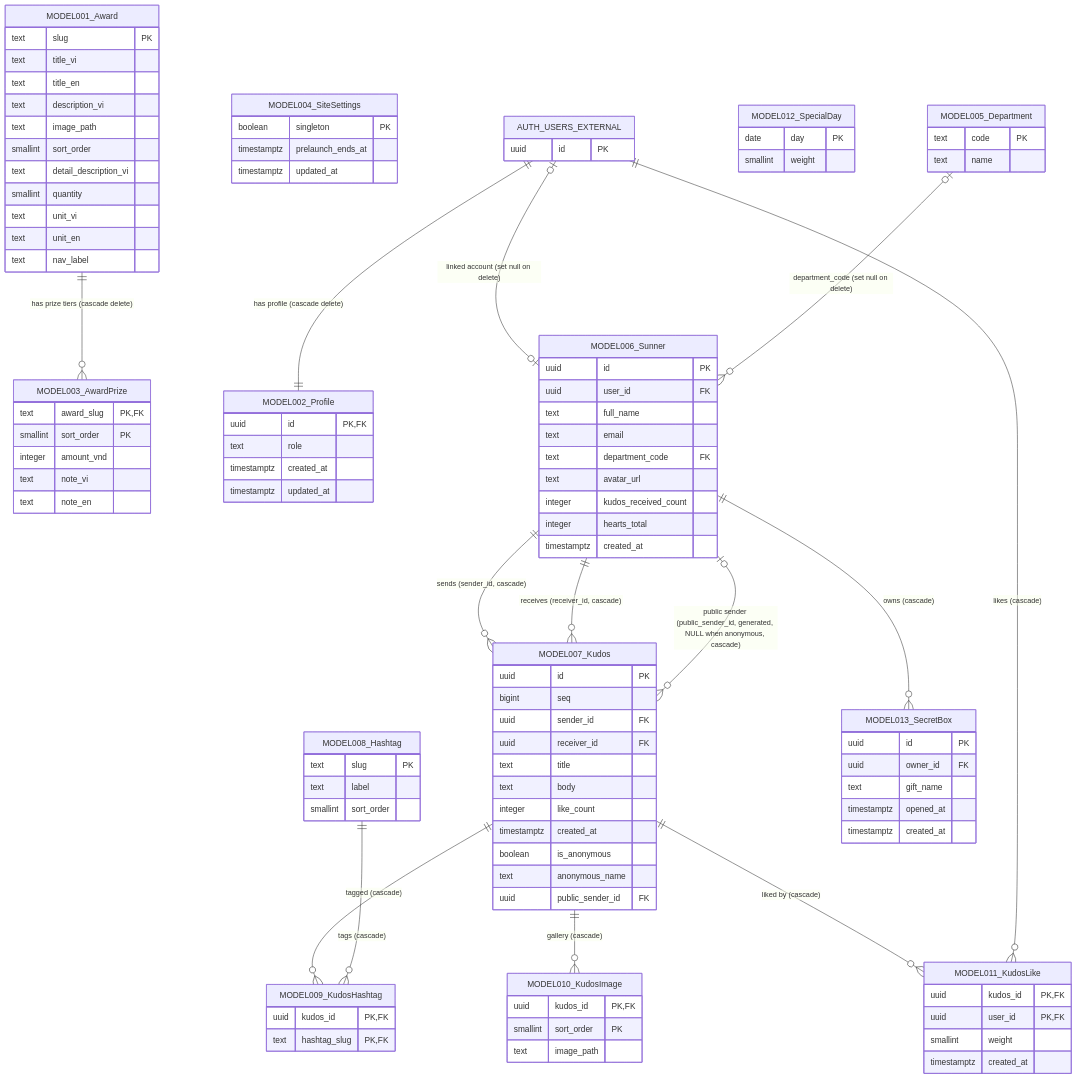
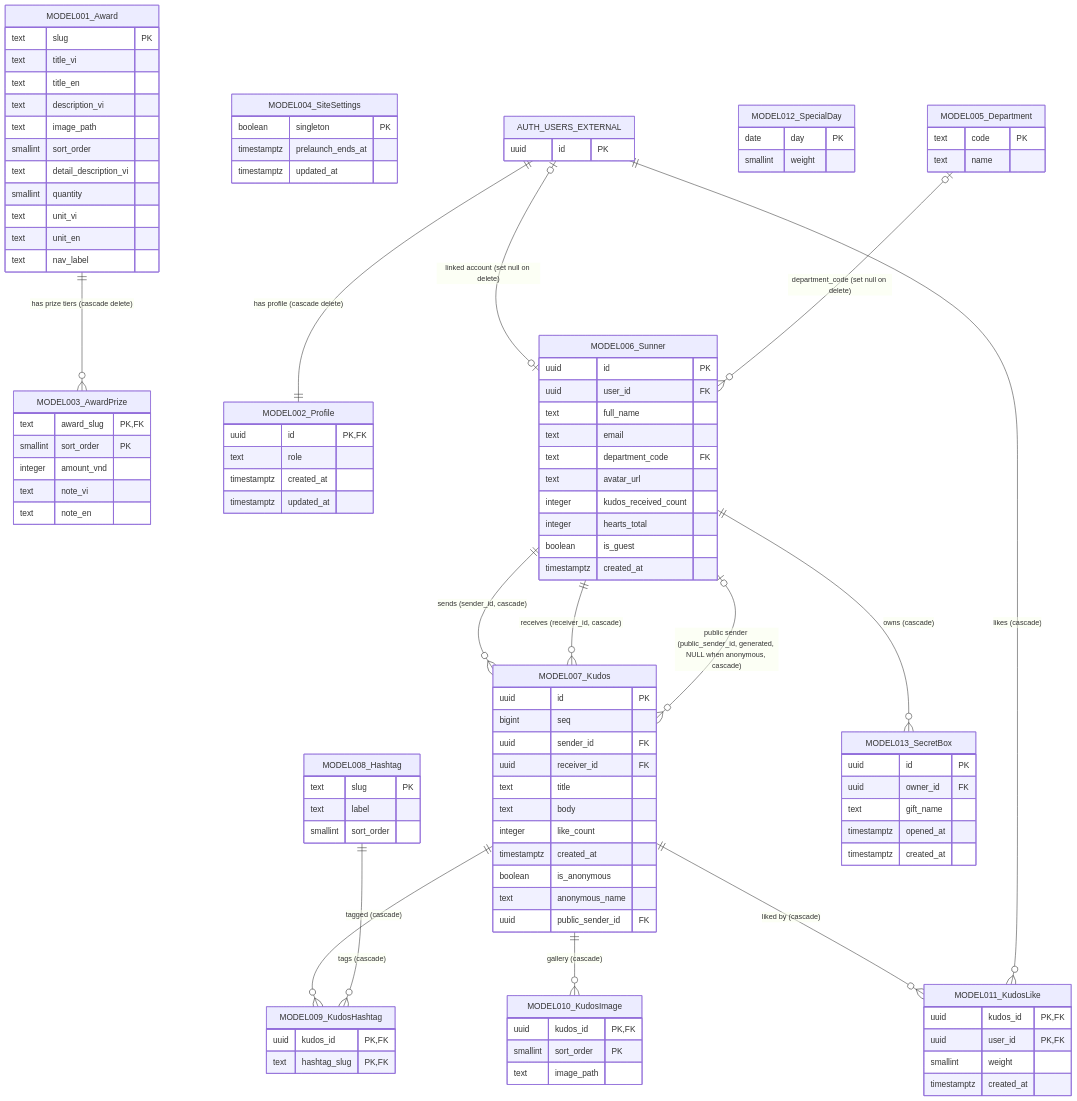
One commit to lannp-3774/agentic-coding-hands-on changed the diagram in docs/generated/entities.md. Above: the diagram before and after it, drawn with Mermaid. The commit also changed other lines of this file and 27 other files, not shown here.

```diff
--- a/docs/generated/entities.md
+++ b/docs/generated/entities.md
@@ -53,6 +53,7 @@
         text avatar_url
         integer kudos_received_count
         integer hearts_total
+        boolean is_guest
         timestamptz created_at
     }
     MODEL007_Kudos {
```
